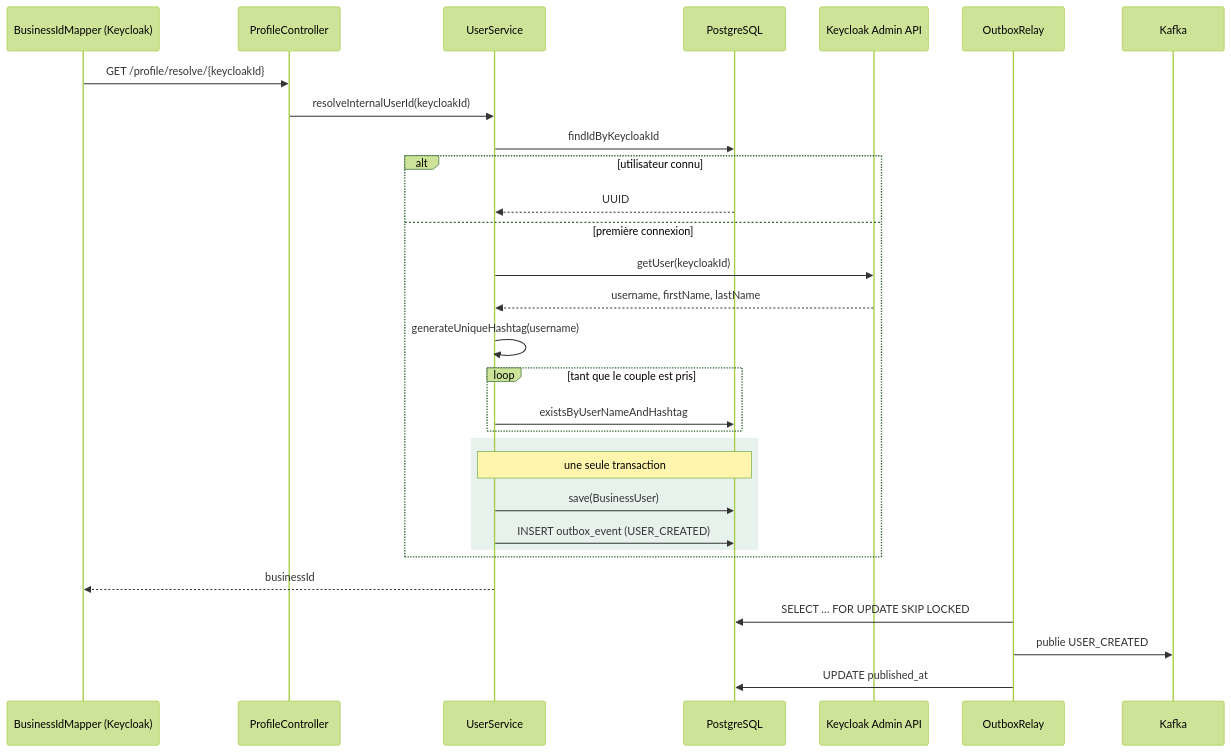
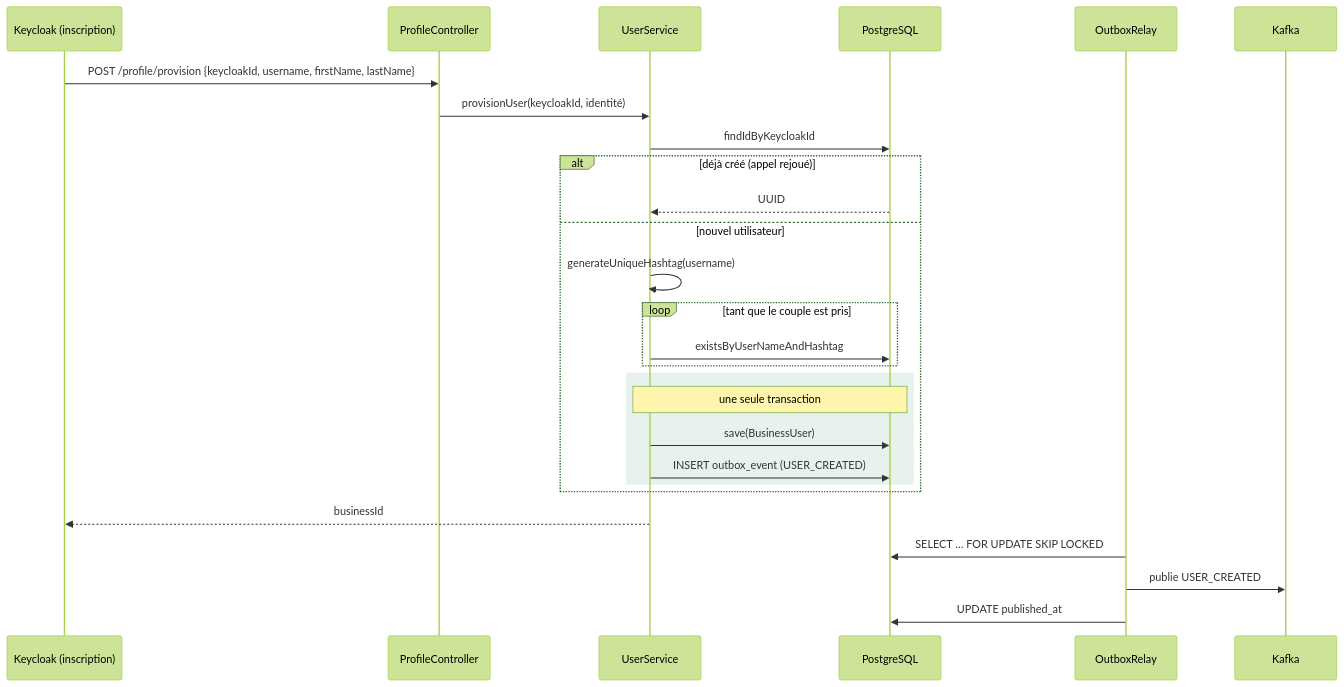
Before and after one commit to WelyLabs/wely-users: the diagram in README.md, drawn with Mermaid (forest theme). The commit also changed other lines of this file and 5 other files, not shown here.

First line of the commit message:
feat(users): read the business id without creating the user

````diff
--- a/README.md
+++ b/README.md
@@ -84,34 +87,31 @@
 ```mermaid
 sequenceDiagram
-    participant M as BusinessIdMapper (Keycloak)
+    participant KC as Keycloak (inscription)
     participant C as ProfileController
     participant S as UserService
     participant DB as PostgreSQL
-    participant KC as Keycloak Admin API
     participant R as OutboxRelay
     participant K as Kafka
 
-    M->>C: GET /profile/resolve/{keycloakId}
-    C->>S: resolveInternalUserId(keycloakId)
+    KC->>C: POST /profile/provision {keycloakId, username, firstName, lastName}
+    C->>S: provisionUser(keycloakId, identité)
     S->>DB: findIdByKeycloakId
-    alt utilisateur connu
+    alt déjà créé (appel rejoué)
         DB-->>S: UUID
-    else première connexion
-        S->>KC: getUser(keycloakId)
-        KC-->>S: username, firstName, lastName
+    else nouvel utilisateur
         S->>S: generateUniqueHashtag(username)
         loop tant que le couple est pris
             S->>DB: existsByUserNameAndHashtag
         end
         rect rgb(232, 242, 237)
             note over S,DB: une seule transaction
             S->>DB: save(BusinessUser)
             S->>DB: INSERT outbox_event (USER_CREATED)
         end
     end
-    S-->>M: businessId
+    S-->>KC: businessId
 
     R->>DB: SELECT … FOR UPDATE SKIP LOCKED
     R->>K: publie USER_CREATED
     R->>DB: UPDATE published_at
 ```
````
